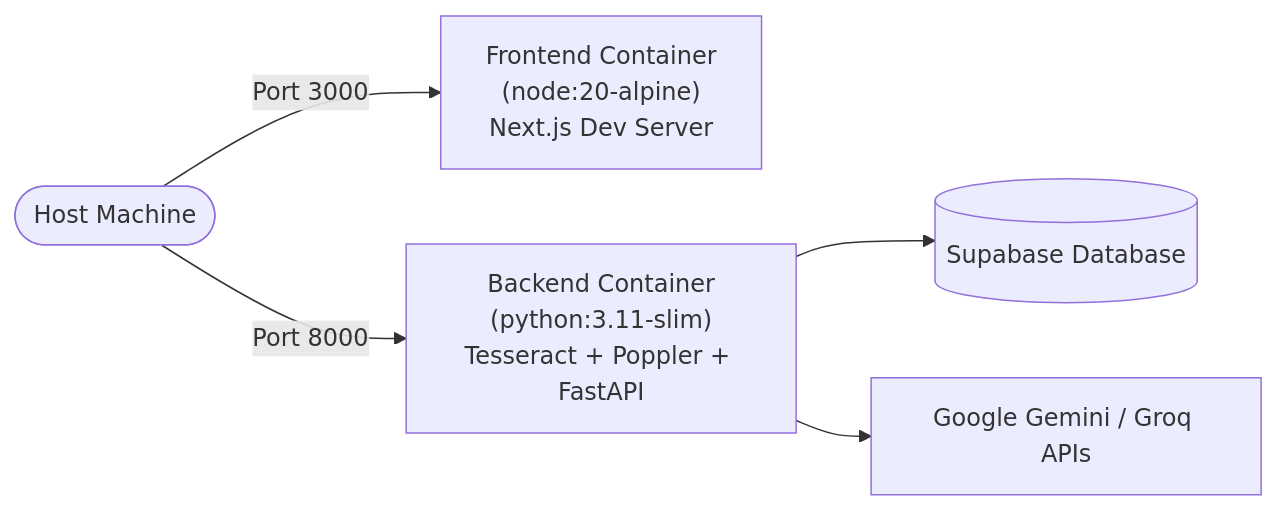
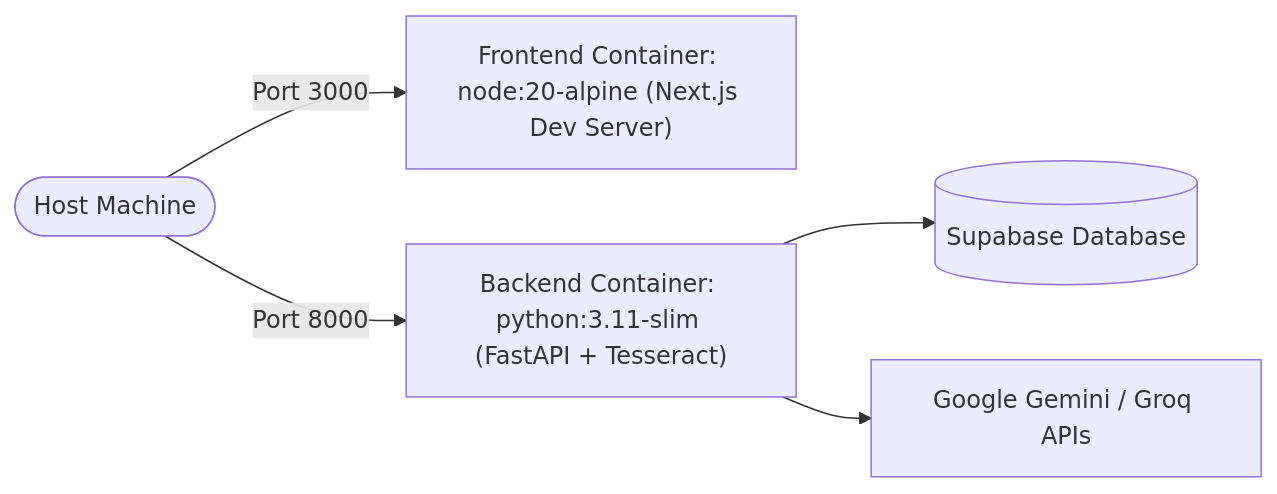
One commit to tanisha-64/NyayaPramaan changed the ninth of 10 diagrams in README.md. Above: the diagram before and after it, drawn with Mermaid. The commit also changed other lines of this file, not shown here.

Commit message:
docs: audit and fix all mermaid diagrams, security placeholders, and technical claims

````diff
--- a/README.md
+++ b/README.md
@@ -1122,8 +1149,8 @@
 ```mermaid
 flowchart LR
-    Host([Host Machine]) -->|Port 3000| FrontC["Frontend Container\n(node:20-alpine)\nNext.js Dev Server"]
-    Host -->|Port 8000| BackC["Backend Container\n(python:3.11-slim)\nTesseract + Poppler + FastAPI"]
+    Host(["Host Machine"]) -->|Port 3000| FrontC["Frontend Container: node:20-alpine (Next.js Dev Server)"]
+    Host -->|Port 8000| BackC["Backend Container: python:3.11-slim (FastAPI + Tesseract)"]
     
-    BackC --> CloudDB[(Supabase Database)]
-    BackC --> CloudAI[Google Gemini / Groq APIs]
+    BackC --> CloudDB[("Supabase Database")]
+    BackC --> CloudAI["Google Gemini / Groq APIs"]
 ```
````
